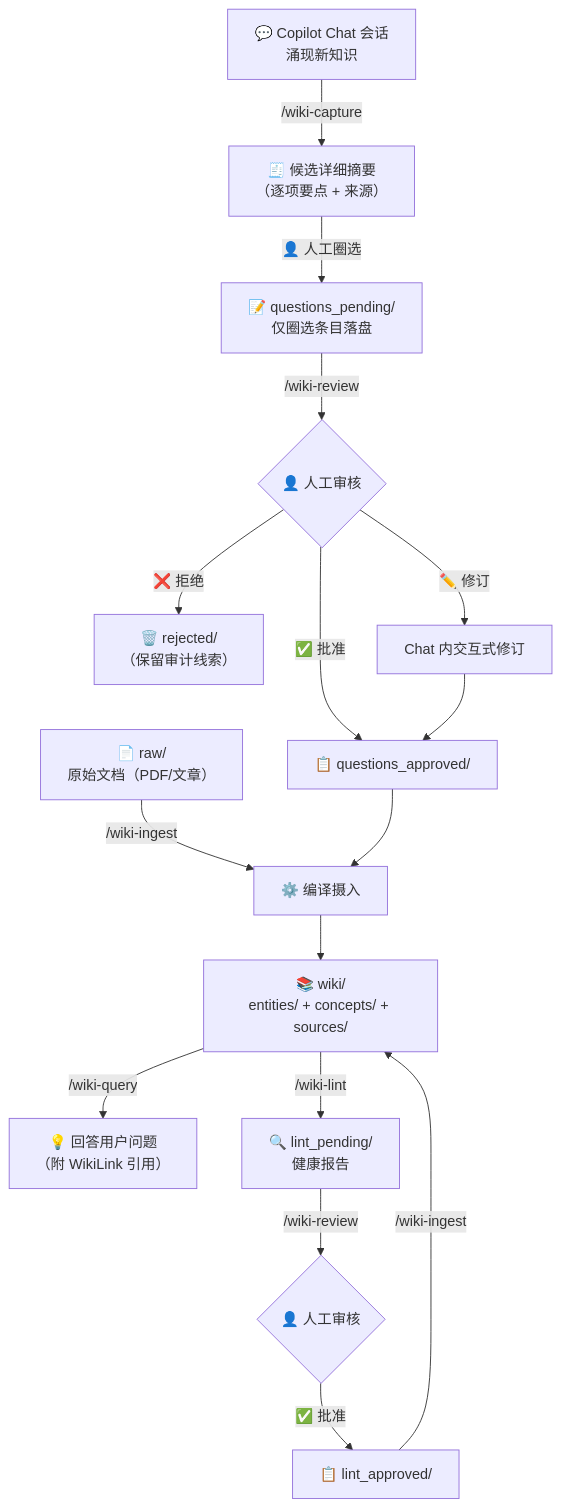
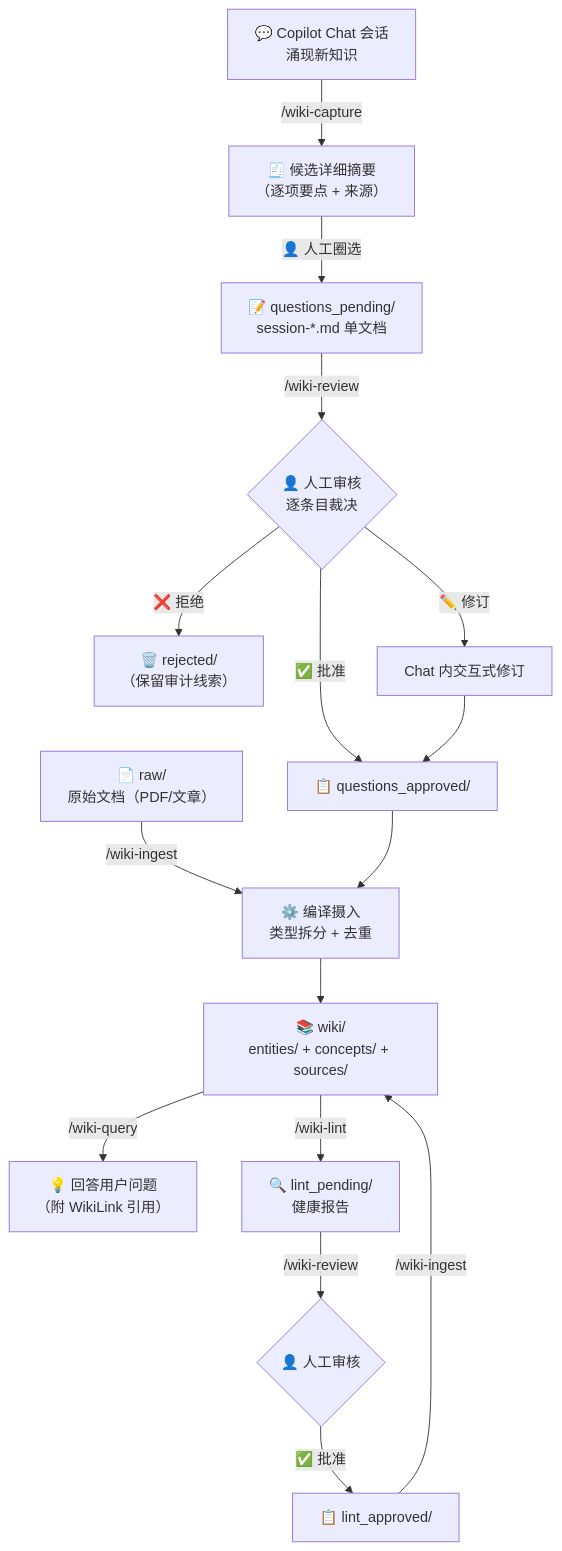
One commit to arawlin/awesome-copilot-x changed the diagram in plugins/llm-wiki/README.md. Above: the diagram before and after it, drawn with Mermaid. The commit also changed other lines of this file and 5 other files, not shown here.

Commit message:
docs(llm-wiki): unify session document capture and review workflow

````diff
--- a/plugins/llm-wiki/README.md
+++ b/plugins/llm-wiki/README.md
@@ -38,21 +38,21 @@
 ```mermaid
 flowchart TD
     A["💬 Copilot Chat 会话<br/>涌现新知识"] -->|"/wiki-capture"| S["🧾 候选详细摘要<br/>（逐项要点 + 来源）"]
-    S -->|"👤 人工圈选"| B["📝 questions_pending/<br/>仅圈选条目落盘"]
-    B -->|"/wiki-review"| C{"👤 人工审核"}
+    S -->|"👤 人工圈选"| B["📝 questions_pending/<br/>session-*.md 单文档"]
+    B -->|"/wiki-review"| C{"👤 人工审核<br/>逐条目裁决"}
     C -->|✅ 批准| D["📋 questions_approved/"]
     C -->|❌ 拒绝| E["🗑️ rejected/<br/>（保留审计线索）"]
     C -->|✏️ 修订| F["Chat 内交互式修订"]
     F --> D
 
-    G["📄 raw/<br/>原始文档（PDF/文章）"] -->|"/wiki-ingest"| H["⚙️ 编译摄入"]
+    G["📄 raw/<br/>原始文档（PDF/文章）"] -->|"/wiki-ingest"| H["⚙️ 编译摄入<br/>类型拆分 + 去重"]
     D --> H
 
     H --> I["📚 wiki/<br/>entities/ + concepts/ + sources/"]
 
     I -->|"/wiki-query"| J["💡 回答用户问题<br/>（附 WikiLink 引用）"]
     I -->|"/wiki-lint"| K["🔍 lint_pending/<br/>健康报告"]
     K -->|"/wiki-review"| L{"👤 人工审核"}
     L -->|✅ 批准| M["📋 lint_approved/"]
     M -->|"/wiki-ingest"| I
 ```
````
